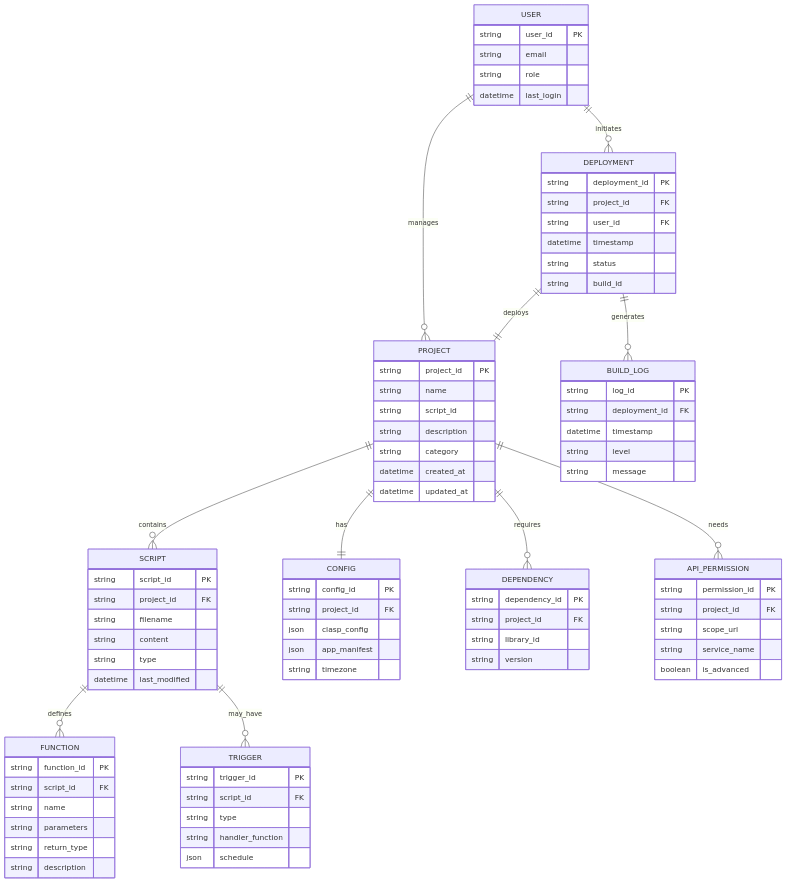
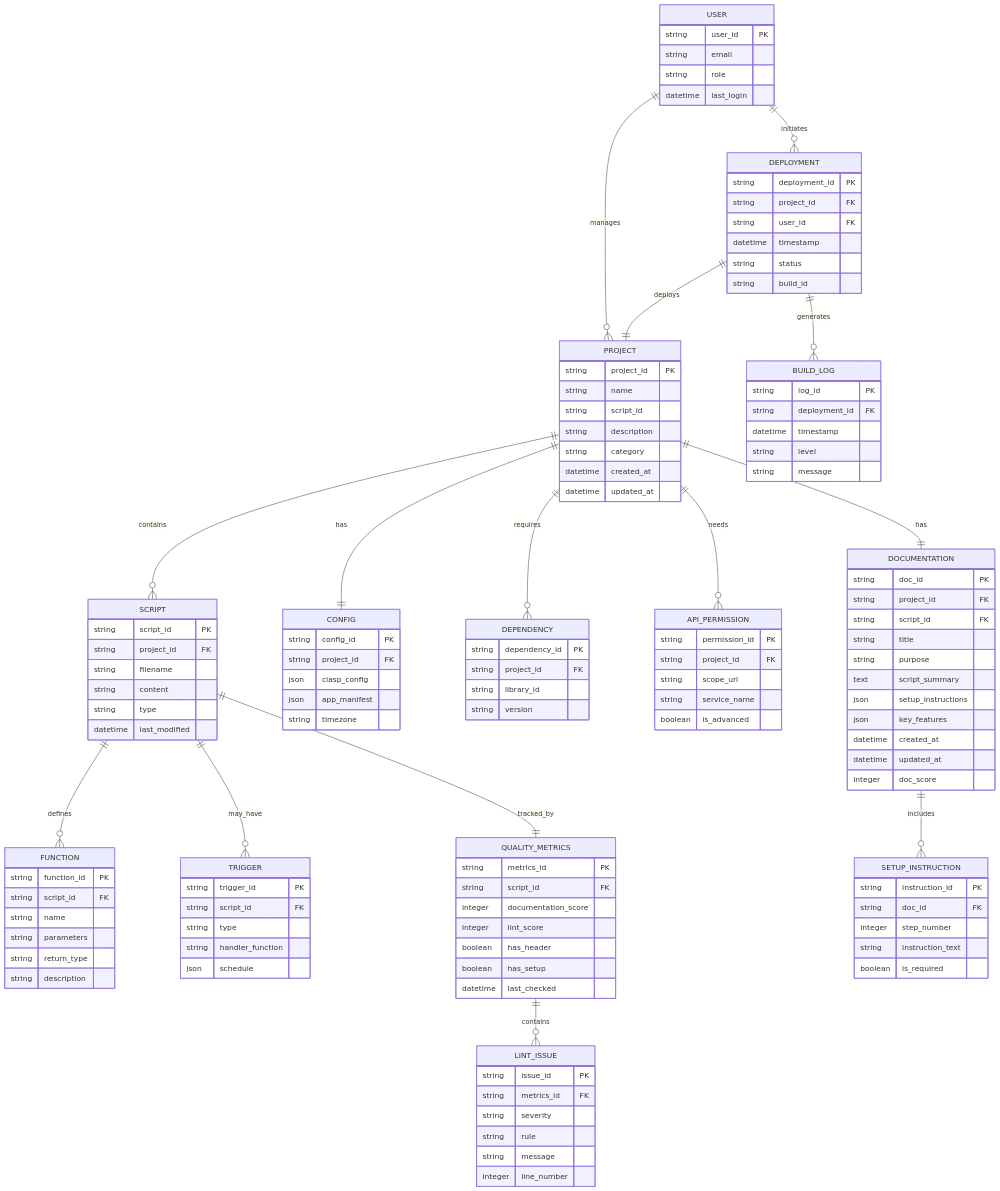
Before and after one commit to klappe-pm/Another-Google-Automation-Repo: the first of 2 diagrams in docs/diagrams/ERD.md, drawn with Mermaid. The commit also changed 6 other files, not shown here.

First line of the commit message:
docs: Update architecture diagrams and documentation for new development tools

````diff
--- a/docs/diagrams/ERD.md
+++ b/docs/diagrams/ERD.md
@@ -8,15 +8,20 @@
     PROJECT ||--|| CONFIG : has
     PROJECT ||--o{ DEPENDENCY : requires
     PROJECT ||--o{ API_PERMISSION : needs
+    PROJECT ||--|| DOCUMENTATION : has
     
     SCRIPT ||--o{ FUNCTION : defines
     SCRIPT ||--o{ TRIGGER : may_have
+    SCRIPT ||--|| QUALITY_METRICS : tracked_by
     
     DEPLOYMENT ||--|| PROJECT : deploys
     DEPLOYMENT ||--o{ BUILD_LOG : generates
     
     USER ||--o{ DEPLOYMENT : initiates
     USER ||--o{ PROJECT : manages
+    
+    QUALITY_METRICS ||--o{ LINT_ISSUE : contains
+    DOCUMENTATION ||--o{ SETUP_INSTRUCTION : includes
     
     PROJECT {
         string project_id PK
@@ -100,4 +105,45 @@
         string role
         datetime last_login
     }
+    
+    DOCUMENTATION {
+        string doc_id PK
+        string project_id FK
+        string script_id FK
+        string title
+        string purpose
+        text script_summary
+        json setup_instructions
+        json key_features
+        datetime created_at
+        datetime updated_at
+        integer doc_score
+    }
+    
+    QUALITY_METRICS {
+        string metrics_id PK
+        string script_id FK
+        integer documentation_score
+        integer lint_score
+        boolean has_header
+        boolean has_setup
+        datetime last_checked
+    }
+    
+    LINT_ISSUE {
+        string issue_id PK
+        string metrics_id FK
+        string severity
+        string rule
+        string message
+        integer line_number
+    }
+    
+    SETUP_INSTRUCTION {
+        string instruction_id PK
+        string doc_id FK
+        integer step_number
+        string instruction_text
+        boolean is_required
+    }
 ```
````
